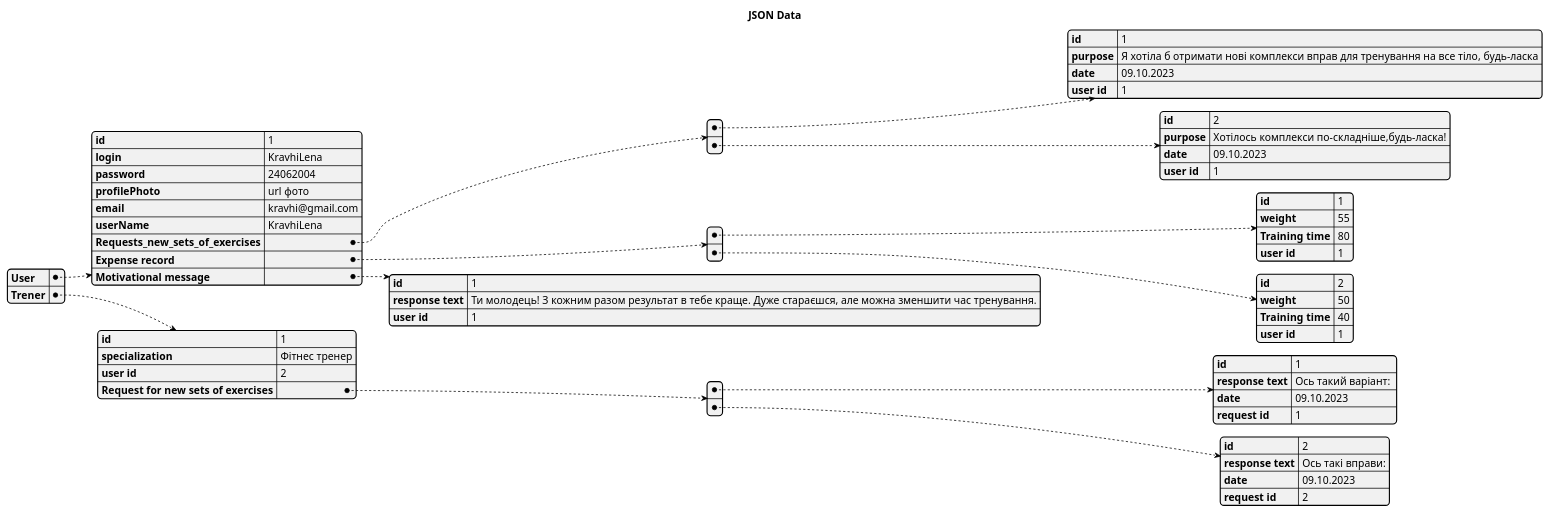
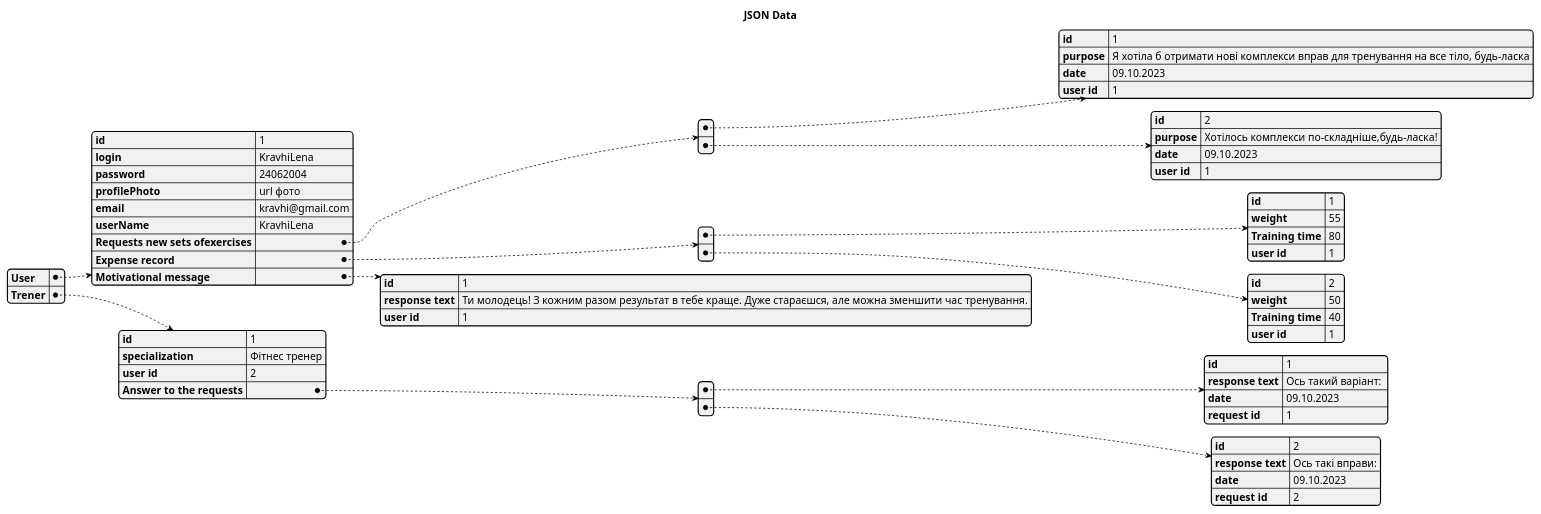
The diagram in 2-SoftwareDesign/2.7-PlantUML/DataModel.puml (oleksandrblazhko/ai-214-kravchishina), drawn with PlantUML before and after one commit.

```diff
--- a/2-SoftwareDesign/2.7-PlantUML/DataModel.puml
+++ b/2-SoftwareDesign/2.7-PlantUML/DataModel.puml
@@ -1,65 +1,65 @@
 @startjson
   title JSON Data
 {
   "User": {
     "id": "1",
     "login": "KravhiLena",
     "password": "24062004",
     "profilePhoto": "url фото",
     "email": "kravhi@gmail.com",
     "userName": "KravhiLena",
-    "Requests_new_sets_of_exercises": [
+    "Requests new sets ofexercises": [
       {
         "id": "1",
         "purpose": "Я хотіла б отримати нові комплекси вправ для тренування на все тіло, будь-ласка",
         "date": "09.10.2023",
         "user id": "1"
       },
       {
         "id": "2",
         "purpose": "Хотілось комплекси по-складніше,будь-ласка!",
         "date": "09.10.2023",
         "user id": "1"
       }
     ],
     "Expense record": [
       {
         "id": "1",
         "weight": "55",
         "Training time": "80",
         "user id": "1"
       },
       {
         "id": "2",
         "weight": "50",
         "Training time": "40",
         "user id": "1"
       }
     ],
     "Motivational message": {
       "id": "1",
       "response text": "Ти молодець! З кожним разом результат в тебе краще. Дуже стараєшся, але можна зменшити час тренування.",
       "user id": "1"
     }
   },
   "Trener": {
     "id": "1",
     "specialization": "Фітнес тренер",
     "user id": "2",
-    "Request for new sets of exercises": [
+    "Answer to the requests": [
       {
         "id": "1",
         "response text": "Ось такий варіант: ",
         "date": "09.10.2023",
         "request id": 1
       },
       {
         "id": "2",
         "response text": "Ось такі вправи:",
         "date": "09.10.2023",
         "request id": 2
       }
     ]
   }
 }
 @endjson
```
